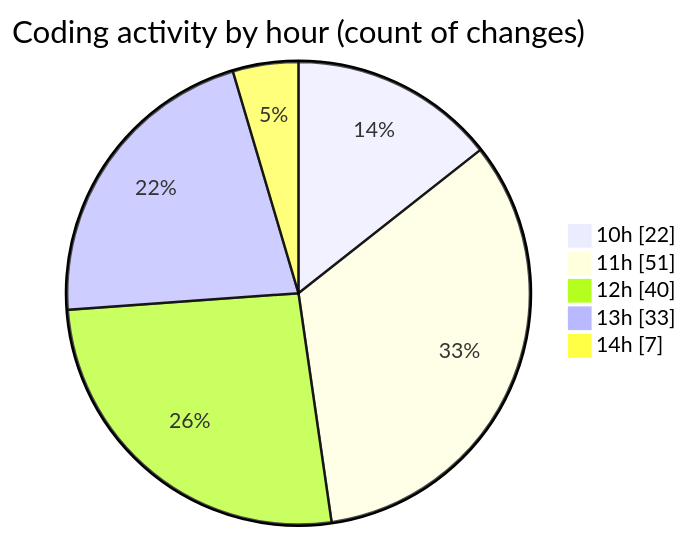
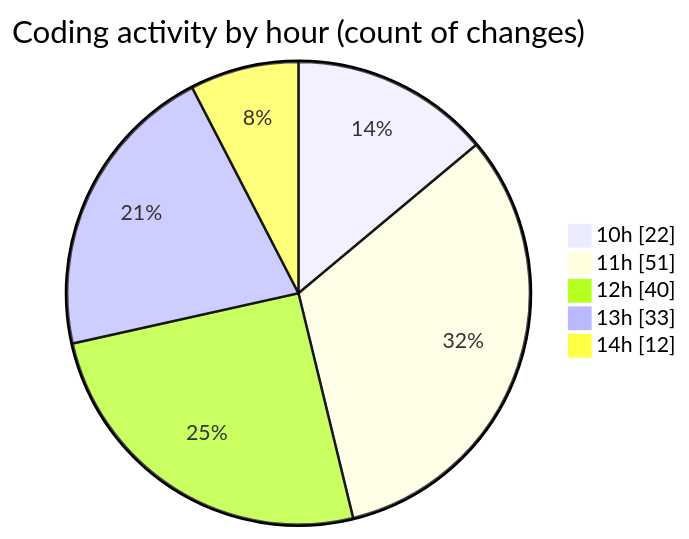
One commit to momahboobian/code-tracking changed the second of 2 diagrams in 2025-04-29/cda/README.md. Above: the diagram before and after it, drawn with Mermaid. The commit also changed other lines of this file and 1 other file, not shown here.

````diff
--- a/2025-04-29/cda/README.md
+++ b/2025-04-29/cda/README.md
@@ -52,9 +52,9 @@
 ```mermaid
 pie showData
 title Coding activity by hour (count of changes)
 "10h" : 22
 "11h" : 51
 "12h" : 40
 "13h" : 33
-"14h" : 7
+"14h" : 12
 ```
````
